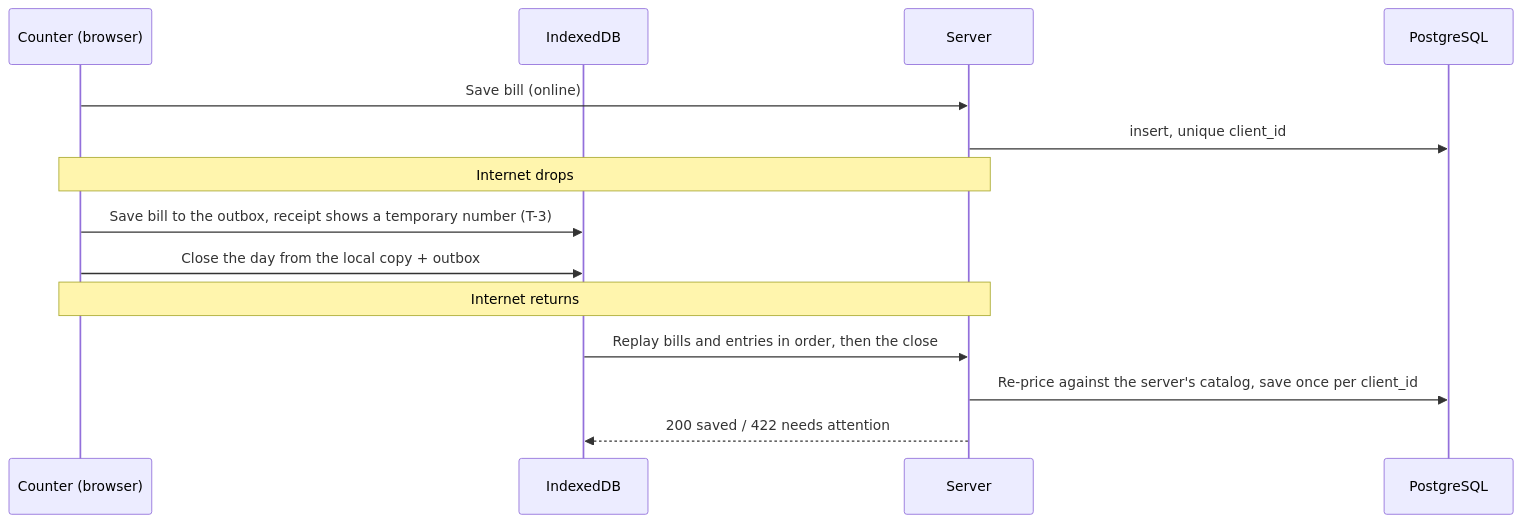
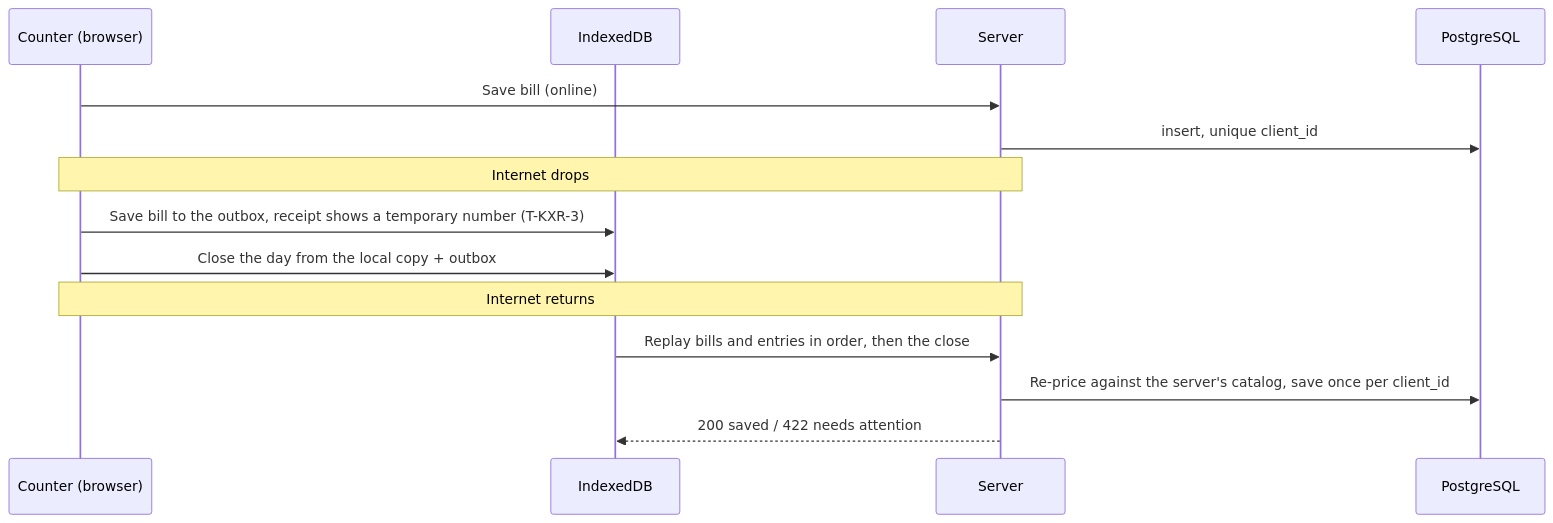
Before and after one commit to Sakib543/art-man: the second of 3 diagrams in README.md, drawn with Mermaid. The commit also changed other lines of this file and 29 other files, not shown here.

````diff
--- a/README.md
+++ b/README.md
@@ -271,16 +271,16 @@
 ```mermaid
 sequenceDiagram
     participant C as Counter (browser)
     participant I as IndexedDB
     participant S as Server
     participant D as PostgreSQL
     C->>S: Save bill (online)
     S->>D: insert, unique client_id
     Note over C,S: Internet drops
-    C->>I: Save bill to the outbox, receipt shows a temporary number (T-3)
+    C->>I: Save bill to the outbox, receipt shows a temporary number (T-KXR-3)
     C->>I: Close the day from the local copy + outbox
     Note over C,S: Internet returns
     I->>S: Replay bills and entries in order, then the close
     S->>D: Re-price against the server's catalog, save once per client_id
     S-->>I: 200 saved / 422 needs attention
 ```
````
